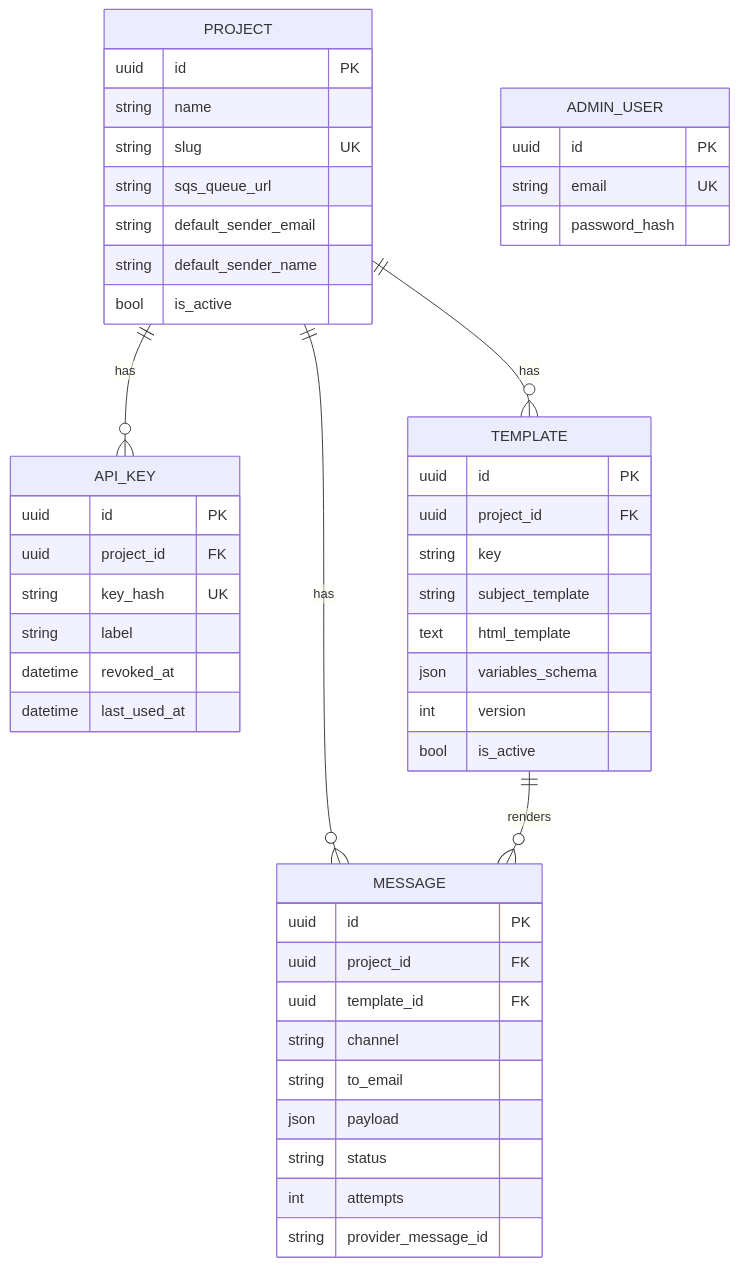
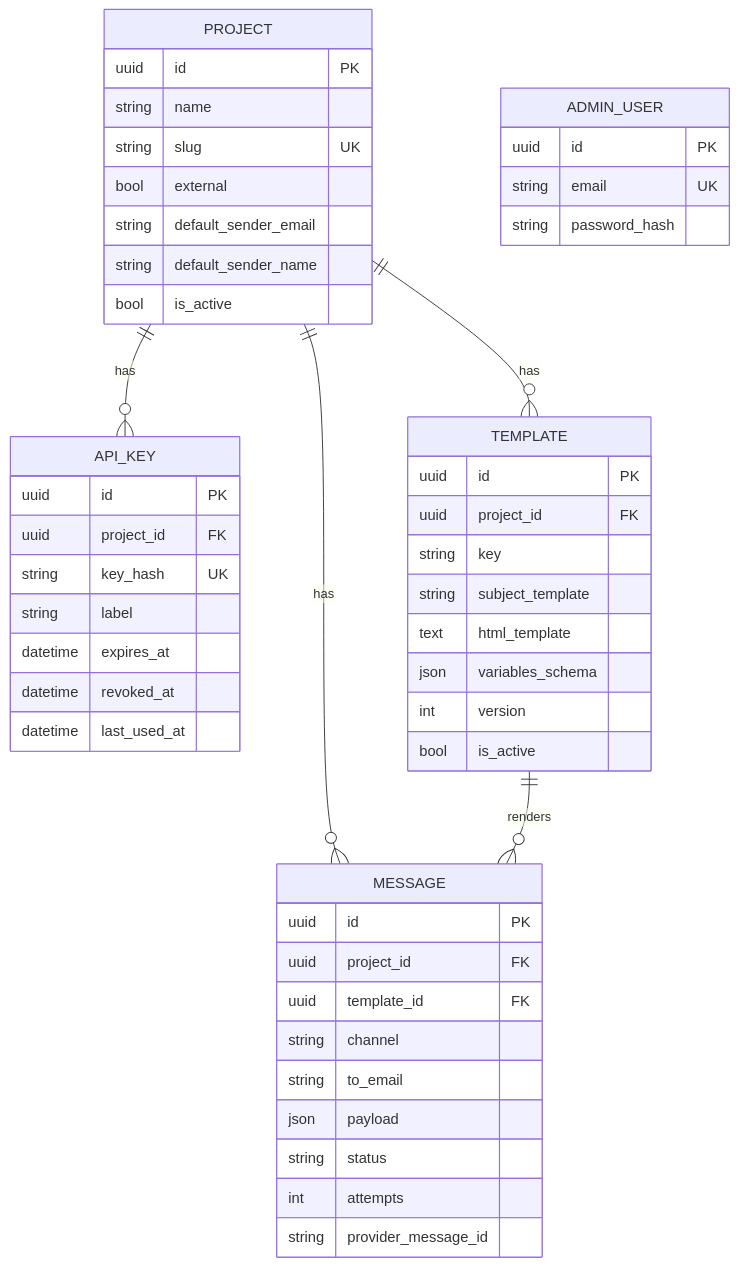
One commit to acidevbutter/butter_relay changed the third of 3 diagrams in README.md. Above: the diagram before and after it, drawn with Mermaid. The commit also changed other lines of this file and 27 other files, not shown here.

First line of the commit message:
feat: remove sqs_queue_url from Project model and implement per-project Celery queues

````diff
--- a/README.md
+++ b/README.md
@@ -82,51 +82,52 @@
 ```mermaid
 erDiagram
     PROJECT ||--o{ API_KEY : has
     PROJECT ||--o{ TEMPLATE : has
     PROJECT ||--o{ MESSAGE : has
     TEMPLATE ||--o{ MESSAGE : renders
 
     PROJECT {
         uuid id PK
         string name
         string slug UK
-        string sqs_queue_url
+        bool external
         string default_sender_email
         string default_sender_name
         bool is_active
     }
     API_KEY {
         uuid id PK
         uuid project_id FK
         string key_hash UK
         string label
+        datetime expires_at
         datetime revoked_at
         datetime last_used_at
     }
     TEMPLATE {
         uuid id PK
         uuid project_id FK
         string key
         string subject_template
         text html_template
         json variables_schema
         int version
         bool is_active
     }
     MESSAGE {
         uuid id PK
         uuid project_id FK
         uuid template_id FK
         string channel
         string to_email
         json payload
         string status
         int attempts
         string provider_message_id
     }
     ADMIN_USER {
         uuid id PK
         string email UK
         string password_hash
     }
 ```
````
